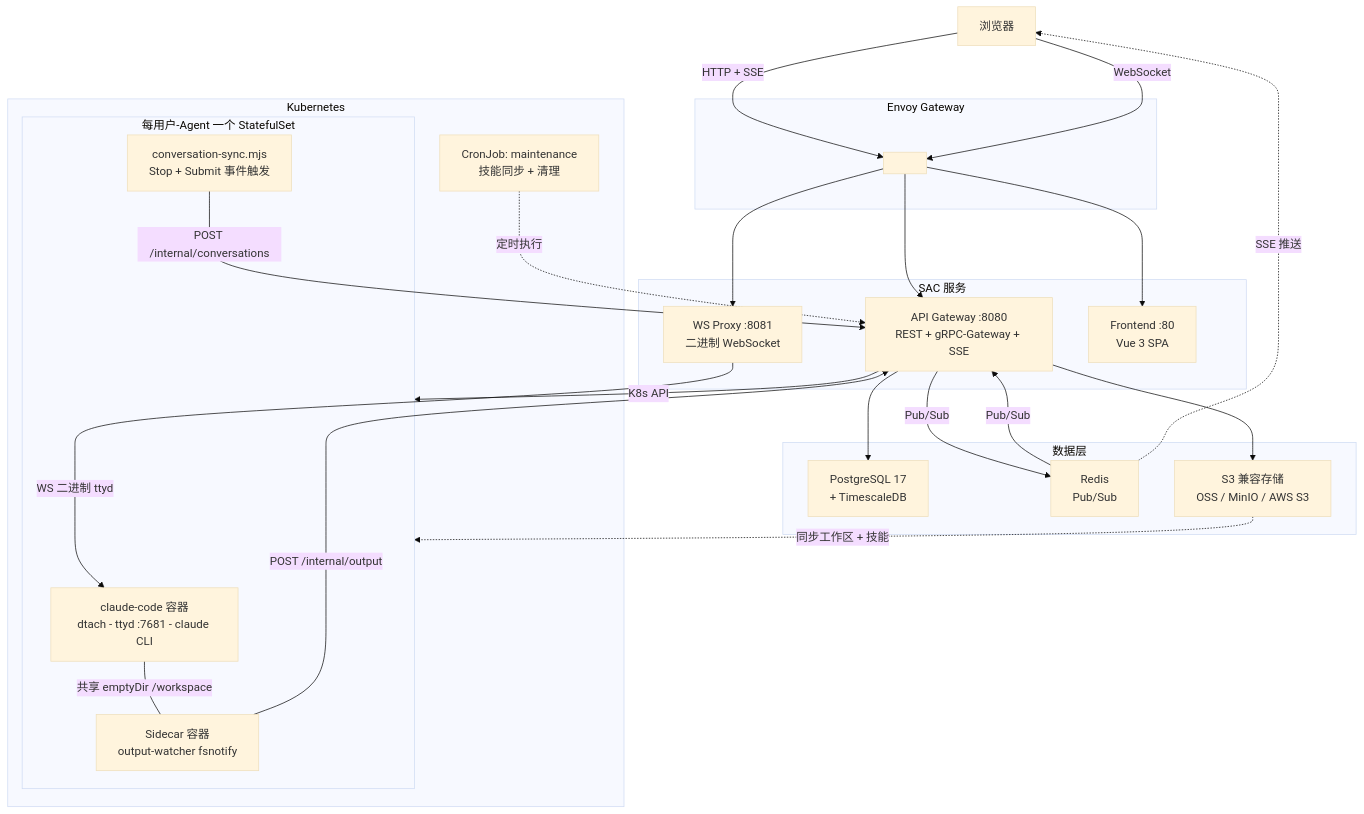
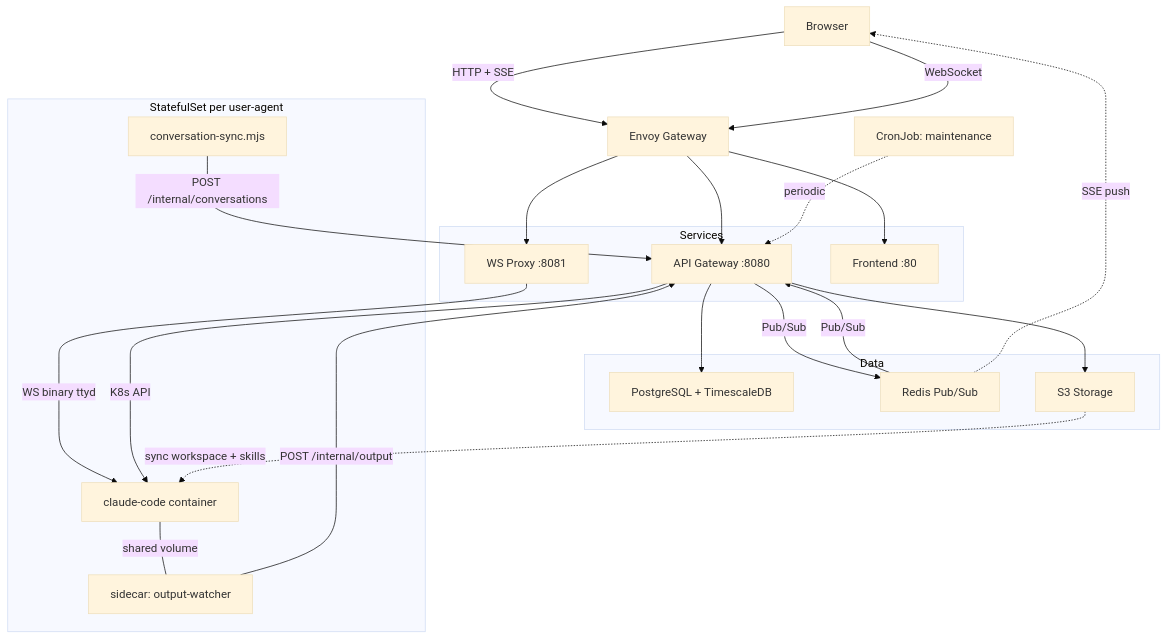
Before and after one commit to aireet/sac: the first of 2 diagrams in docs/i18n/README.zh.md, drawn with Mermaid (base theme). The commit also changed other lines of this file and 1 other file, not shown here.

Commit message:
fix(docs): simplify mermaid syntax for GitLab 9.1.3 compat
Remove nested subgraphs, quoted labels, br tags, and empty
placeholder nodes that cause parse errors on mermaid 9.1.3.

````diff
--- a/docs/i18n/README.zh.md
+++ b/docs/i18n/README.zh.md
@@ -28,50 +28,47 @@
 ```mermaid
 graph TB
-    Browser["浏览器"]
+    Browser[Browser]
 
-    subgraph Gateway["Envoy Gateway"]
-        GW[" "]
+    GW[Envoy Gateway]
+
+    subgraph Services
+        API[API Gateway :8080]
+        WS[WS Proxy :8081]
+        FE[Frontend :80]
     end
 
-    subgraph Services["SAC 服务"]
-        API["API Gateway :8080<br/>REST + gRPC-Gateway + SSE"]
-        WS["WS Proxy :8081<br/>二进制 WebSocket"]
-        FE["Frontend :80<br/>Vue 3 SPA"]
+    subgraph Data
+        PG[PostgreSQL + TimescaleDB]
+        Redis[Redis Pub/Sub]
+        S3[S3 Storage]
     end
 
-    subgraph Data["数据层"]
-        PG["PostgreSQL 17<br/>+ TimescaleDB"]
-        Redis["Redis<br/>Pub/Sub"]
-        S3["S3 兼容存储<br/>OSS / MinIO / AWS S3"]
+    subgraph AgentPod[StatefulSet per user-agent]
+        Main[claude-code container]
+        Sidecar[sidecar: output-watcher]
+        Hook[conversation-sync.mjs]
     end
 
-    subgraph K8s["Kubernetes"]
-        subgraph Pod["每用户-Agent 一个 StatefulSet"]
-            Main["claude-code 容器<br/>dtach - ttyd :7681 - claude CLI"]
-            Sidecar["Sidecar 容器<br/>output-watcher fsnotify"]
-            Hook["conversation-sync.mjs<br/>Stop + Submit 事件触发"]
-        end
-        Cron["CronJob: maintenance<br/>技能同步 + 清理"]
-    end
+    Cron[CronJob: maintenance]
 
-    Browser -->|"HTTP + SSE"| GW
-    Browser -->|"WebSocket"| GW
+    Browser -->|HTTP + SSE| GW
+    Browser -->|WebSocket| GW
     GW --> FE
     GW --> API
     GW --> WS
 
-    WS -->|"WS 二进制 ttyd"| Main
-    API -->|"K8s API"| Pod
+    WS -->|WS binary ttyd| Main
+    API -->|K8s API| Main
     API --> PG
     API --> S3
-    API -->|"Pub/Sub"| Redis
-    Redis -->|"Pub/Sub"| API
+    API -->|Pub/Sub| Redis
+    Redis -->|Pub/Sub| API
 
-    Sidecar -->|"POST /internal/output"| API
-    Hook -->|"POST /internal/conversations"| API
-    Main ---|"共享 emptyDir /workspace"| Sidecar
+    Sidecar -->|POST /internal/output| API
+    Hook -->|POST /internal/conversations| API
+    Main ---|shared volume| Sidecar
 
-    S3 -.->|"同步工作区 + 技能"| Pod
-    Redis -.->|"SSE 推送"| Browser
-    Cron -.->|"定时执行"| API
+    S3 -.->|sync workspace + skills| Main
+    Redis -.->|SSE push| Browser
+    Cron -.->|periodic| API
 ```
````
